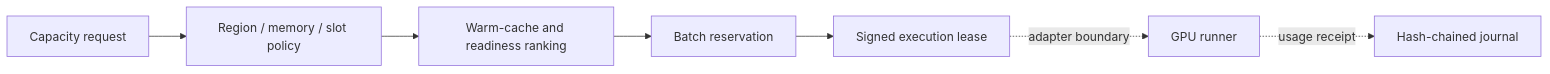
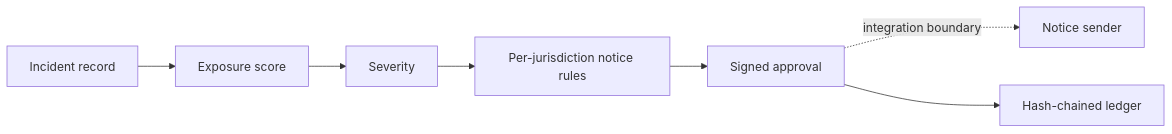
Before and after one commit to kekechi03/prism-fabric: the diagram in README.md, drawn with Mermaid. The commit also changed other lines of this file and 30 other files, not shown here.

````diff
--- a/README.md
+++ b/README.md
@@ -41,9 +39,9 @@
 ```mermaid
 flowchart LR
-  A[Capacity request] --> B[Region / memory / slot policy]
-  B --> C[Warm-cache and readiness ranking]
-  C --> D[Batch reservation]
-  D --> E[Signed execution lease]
-  E -. adapter boundary .-> F[GPU runner]
-  F -. usage receipt .-> G[Hash-chained journal]
+  A[Incident record] --> B[Exposure score]
+  B --> C[Severity]
+  C --> D[Per-jurisdiction notice rules]
+  D --> E[Signed approval]
+  E -. integration boundary .-> F[Notice sender]
+  E --> G[Hash-chained ledger]
 ```
````
